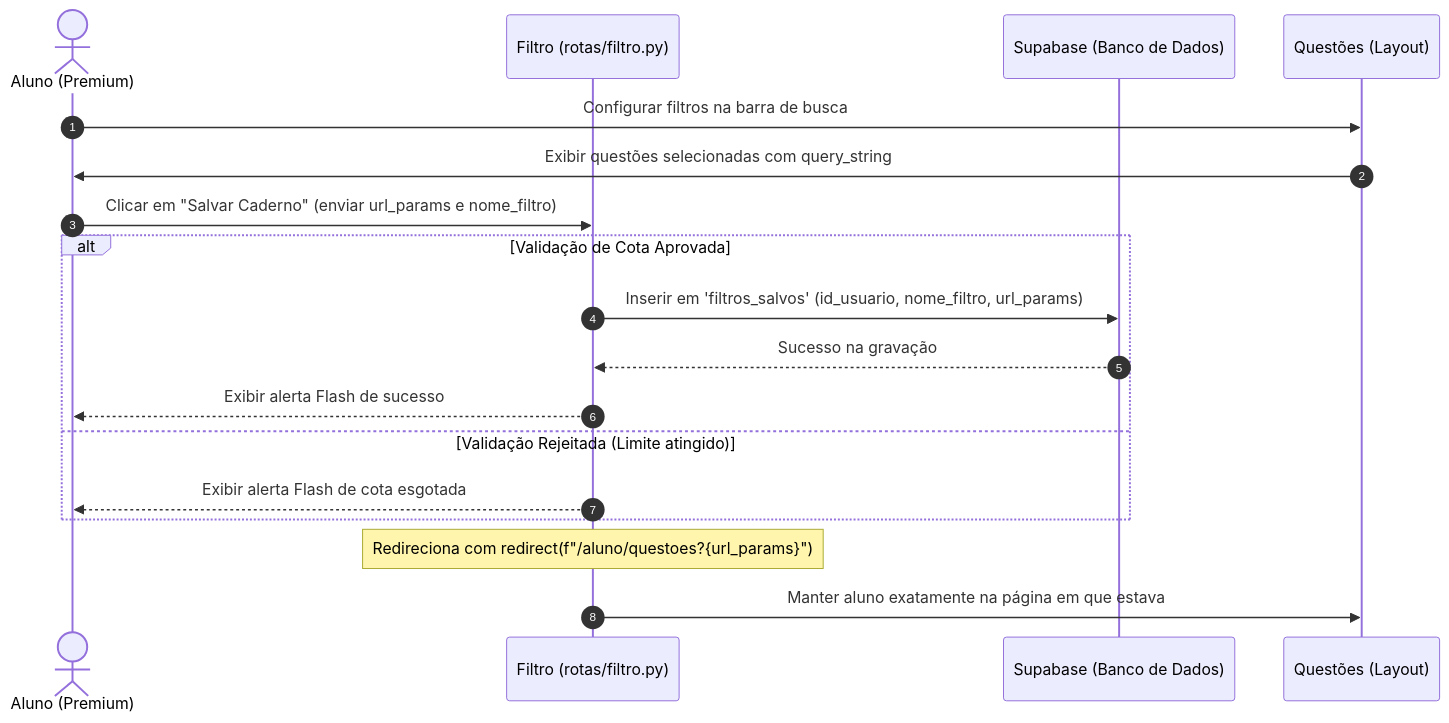
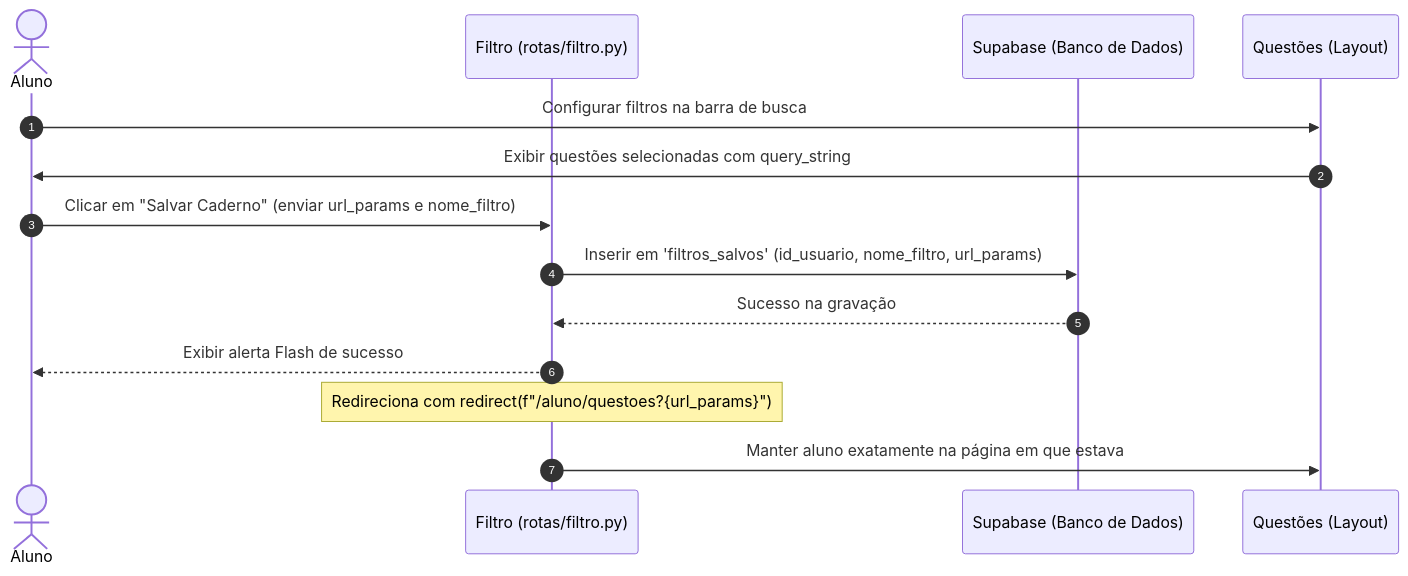
The diagram in docs/rotas/filtro.md (thierry-moreira/gabaritei-questoes), drawn with Mermaid before and after one commit. The commit also changed 100 other files, not shown here.

````diff
--- a/docs/rotas/filtro.md
+++ b/docs/rotas/filtro.md
@@ -12,23 +12,19 @@
 ```mermaid
 sequenceDiagram
     autonumber
-    actor Aluno as Aluno (Premium)
+    actor Aluno
     participant F as Filtro (rotas/filtro.py)
     participant DB as Supabase (Banco de Dados)
     participant Q as Questões (Layout)
 
     Aluno->>Q: Configurar filtros na barra de busca
     Q->>Aluno: Exibir questões selecionadas com query_string
     Aluno->>F: Clicar em "Salvar Caderno" (enviar url_params e nome_filtro)
     
-    alt Validação de Cota Aprovada
-        F->>DB: Inserir em 'filtros_salvos' (id_usuario, nome_filtro, url_params)
-        DB-->>F: Sucesso na gravação
-        F-->>Aluno: Exibir alerta Flash de sucesso
-    else Validação Rejeitada (Limite atingido)
-        F-->>Aluno: Exibir alerta Flash de cota esgotada
-    end
+    F->>DB: Inserir em 'filtros_salvos' (id_usuario, nome_filtro, url_params)
+    DB-->>F: Sucesso na gravação
+    F-->>Aluno: Exibir alerta Flash de sucesso
     
     note over F: Redireciona com redirect(f"/aluno/questoes?{url_params}")
     F->>Q: Manter aluno exatamente na página em que estava
 ```
````
